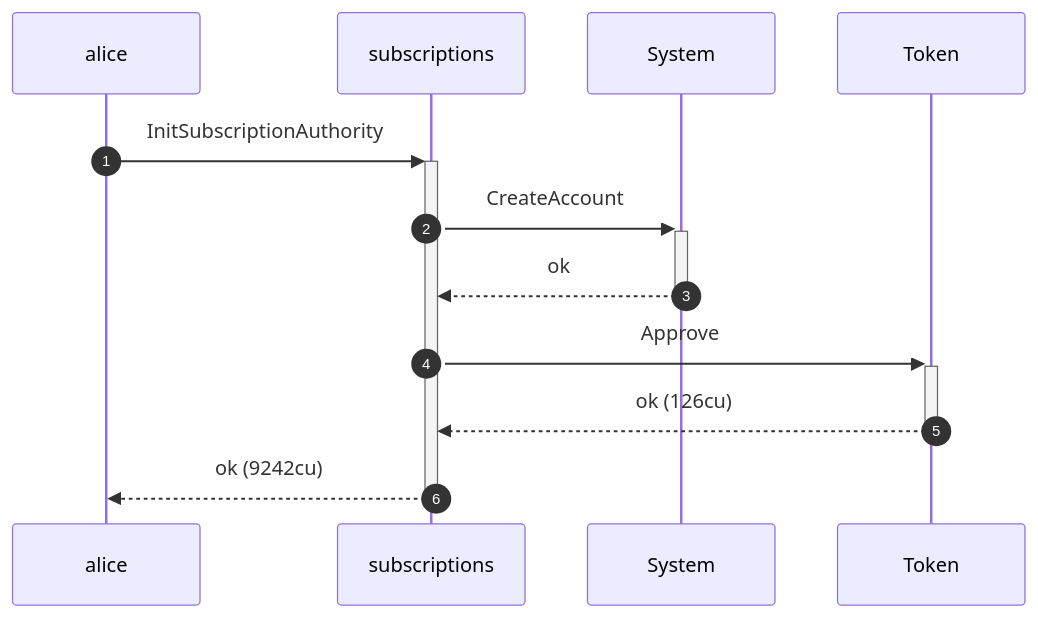
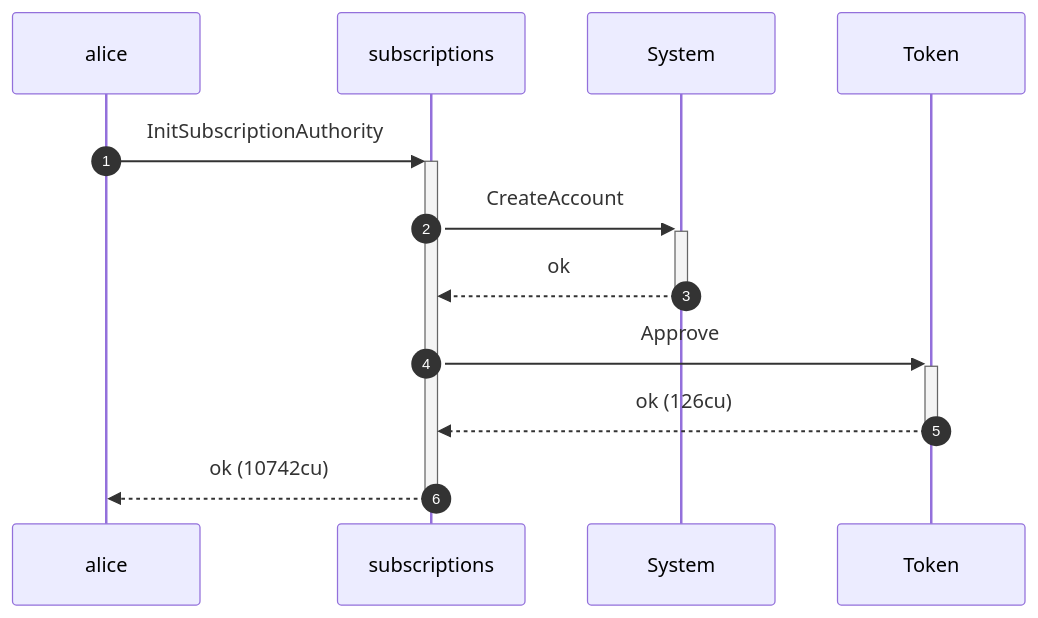
The second of 12 diagrams in dsl_tests/the-delegator-can-revoke-a-sponsor-funded-delegation-before-expiry.md (cds-rs/subscriptions), drawn with Mermaid before and after one commit. The commit also changed other lines of this file and 224 other files, not shown here.

````diff
--- a/dsl_tests/the-delegator-can-revoke-a-sponsor-funded-delegation-before-expiry.md
+++ b/dsl_tests/the-delegator-can-revoke-a-sponsor-funded-delegation-before-expiry.md
@@ -36,14 +37,14 @@
 ```mermaid
 sequenceDiagram
     autonumber
     participant alice
     participant subscriptions
     participant System
     participant Token
     alice ->>+ subscriptions: InitSubscriptionAuthority
     subscriptions ->>+ System: CreateAccount
     System -->>- subscriptions: ok
     subscriptions ->>+ Token: Approve
     Token -->>- subscriptions: ok (126cu)
-    subscriptions -->>- alice: ok (9242cu)
+    subscriptions -->>- alice: ok (10742cu)
 ```
````
